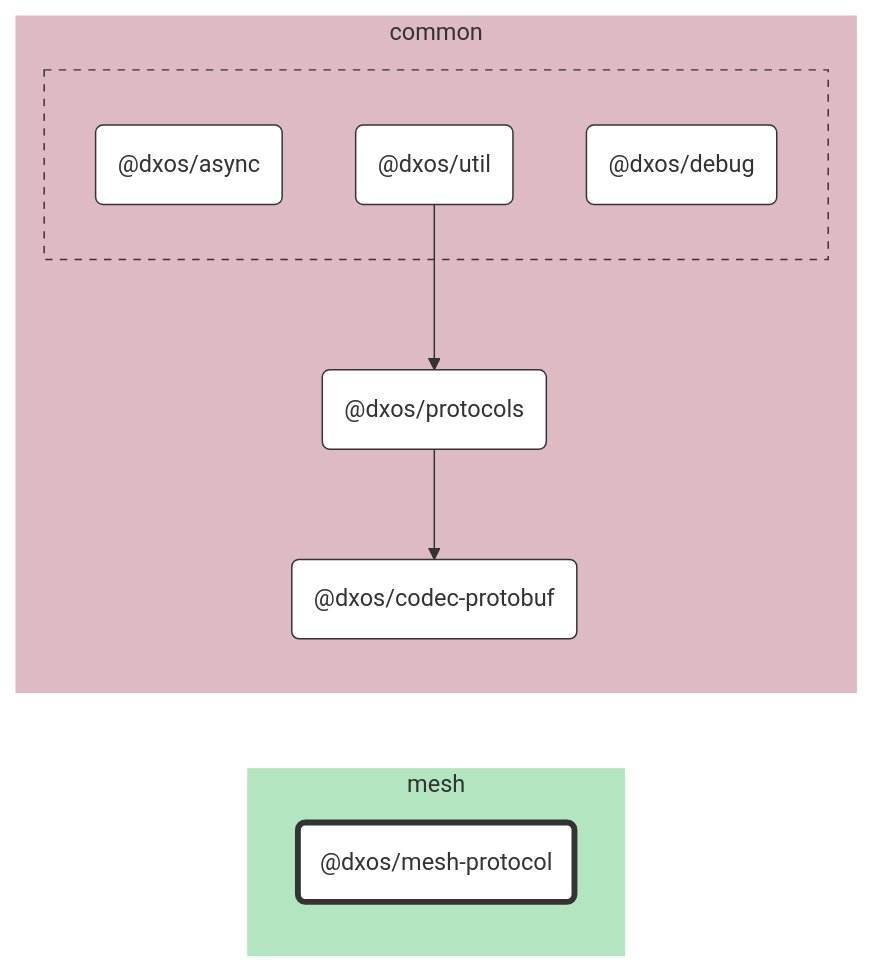
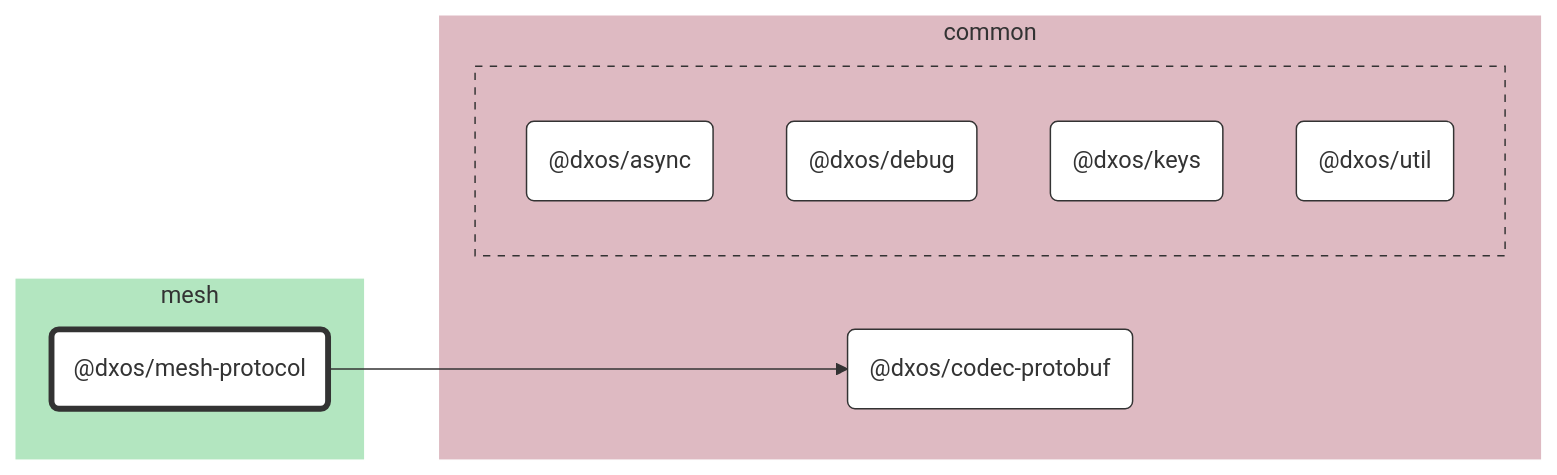
One commit to dxos/dxos changed the diagram in packages/mesh/mesh-protocol/docs/README.md. Above: the diagram before and after it, drawn with Mermaid. The commit also changed other lines of this file and 52 other files, not shown here.

````diff
--- a/packages/mesh/mesh-protocol/docs/README.md
+++ b/packages/mesh/mesh-protocol/docs/README.md
@@ -7,40 +7,39 @@
 ```mermaid
 %%{ init: {'flowchart':{'curve':'basis'}} }%%
 
 flowchart LR
 
 %% Classes
 classDef def fill:#fff,stroke:#333,stroke-width:1px
 classDef root fill:#fff,stroke:#333,stroke-width:4px
 
 %% Nodes
 
 subgraph mesh [mesh]
   style mesh fill:#b3e6c0,stroke:#fff
   dxos/mesh-protocol("@dxos/mesh-protocol"):::root
   click dxos/mesh-protocol "dxos/dxos/tree/main/packages/mesh/mesh-protocol/docs"
 end
 
 subgraph common [common]
   style common fill:#debac2,stroke:#fff
   dxos/codec-protobuf("@dxos/codec-protobuf"):::def
   click dxos/codec-protobuf "dxos/dxos/tree/main/packages/common/codec-protobuf/docs"
-  dxos/protocols("@dxos/protocols"):::def
-  click dxos/protocols "dxos/dxos/tree/main/packages/common/protocols/docs"
 
   subgraph common-excluded [ ]
     style common-excluded fill:#debac2,stroke:#333,stroke-dasharray:5 5
     dxos/async("@dxos/async"):::def
     click dxos/async "dxos/dxos/tree/main/packages/common/async/docs"
     dxos/debug("@dxos/debug"):::def
     click dxos/debug "dxos/dxos/tree/main/packages/common/debug/docs"
+    dxos/keys("@dxos/keys"):::def
+    click dxos/keys "dxos/dxos/tree/main/packages/common/keys/docs"
     dxos/util("@dxos/util"):::def
     click dxos/util "dxos/dxos/tree/main/packages/common/util/docs"
   end
 end
 
 %% Links
 linkStyle default stroke:#333,stroke-width:1px
-dxos/util --> dxos/protocols
-dxos/protocols --> dxos/codec-protobuf
+dxos/mesh-protocol --> dxos/codec-protobuf
 ```
````
